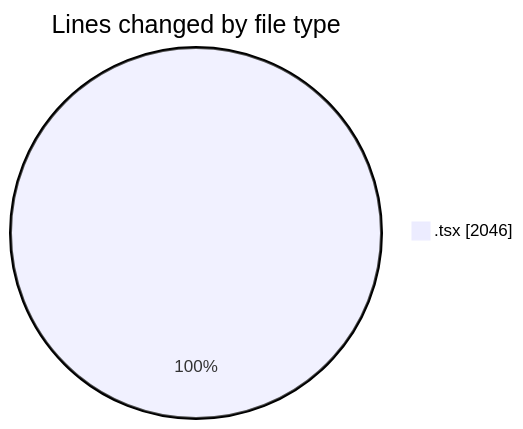
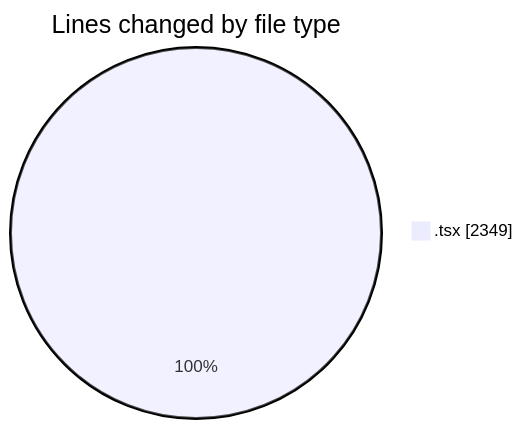
One commit to nxtqubesakshisongat/code-tracking changed the first of 2 diagrams in 2026-05-08/nxtqube_webapp/README.md. Above: the diagram before and after it, drawn with Mermaid. The commit also changed other lines of this file and 1 other file, not shown here.

````diff
--- a/2026-05-08/nxtqube_webapp/README.md
+++ b/2026-05-08/nxtqube_webapp/README.md
@@ -20,5 +20,5 @@
 ```mermaid
 pie showData
 title Lines changed by file type
-".tsx" : 2046
+".tsx" : 2349
 ```
````
